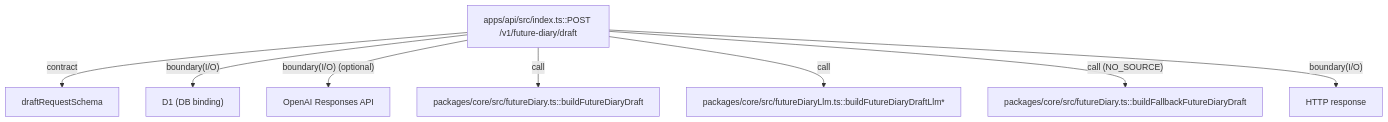
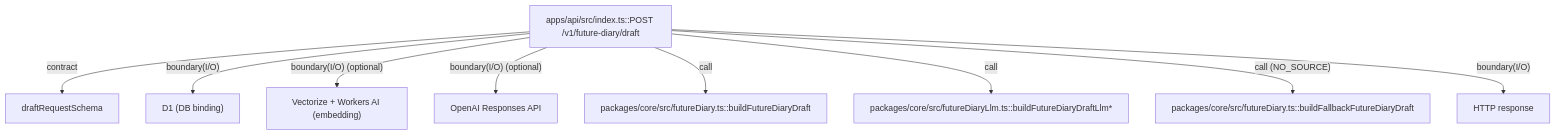
The diagram in apps/api/README.md (YotaroMatsui/future_diary), drawn with Mermaid before and after one commit. The commit also changed other lines of this file and 10 other files, not shown here.

Commit message:
feat: add Workers AI + Vectorize retrieval

````diff
--- a/apps/api/README.md
+++ b/apps/api/README.md
@@ -304,10 +306,11 @@
 ```mermaid
 flowchart TD
   EP["apps/api/src/index.ts::POST /v1/future-diary/draft"] -->|"contract"| ZD["draftRequestSchema"]
   EP -->|"boundary(I/O)"| D1["D1 (DB binding)"]
+  EP -->|"boundary(I/O) (optional)"| VEC["Vectorize + Workers AI (embedding)"]
   EP -->|"boundary(I/O) (optional)"| OA["OpenAI Responses API"]
   EP -->|"call"| UC["packages/core/src/futureDiary.ts::buildFutureDiaryDraft"]
   EP -->|"call"| LP["packages/core/src/futureDiaryLlm.ts::buildFutureDiaryDraftLlm*"]
   EP -->|"call (NO_SOURCE)"| FB["packages/core/src/futureDiary.ts::buildFallbackFutureDiaryDraft"]
   EP -->|"boundary(I/O)"| HTTP["HTTP response"]
 ```
````
